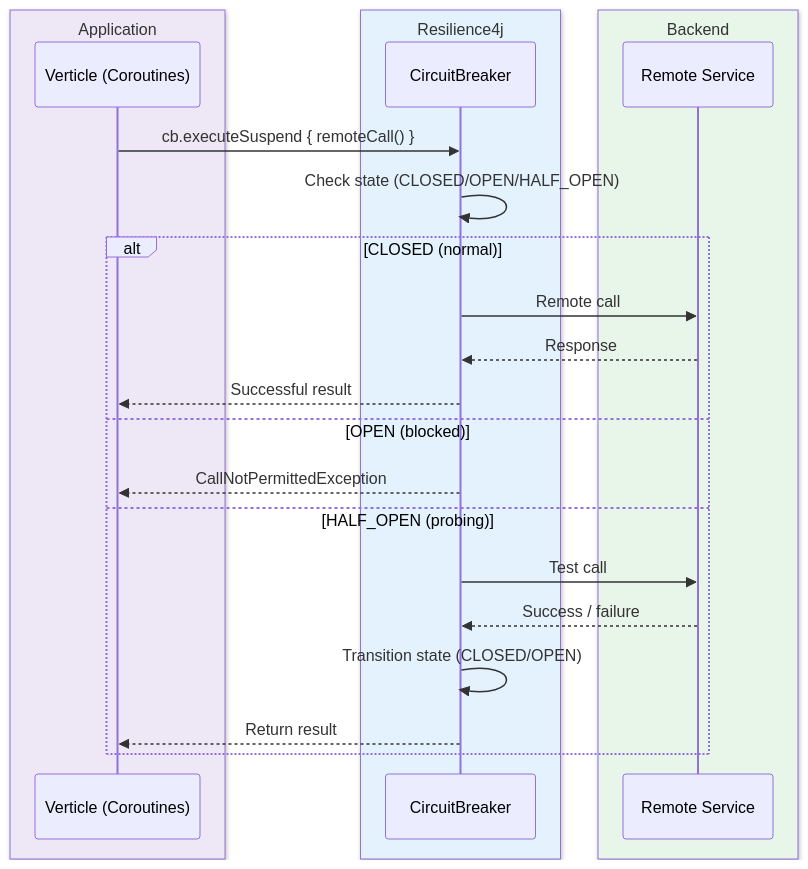
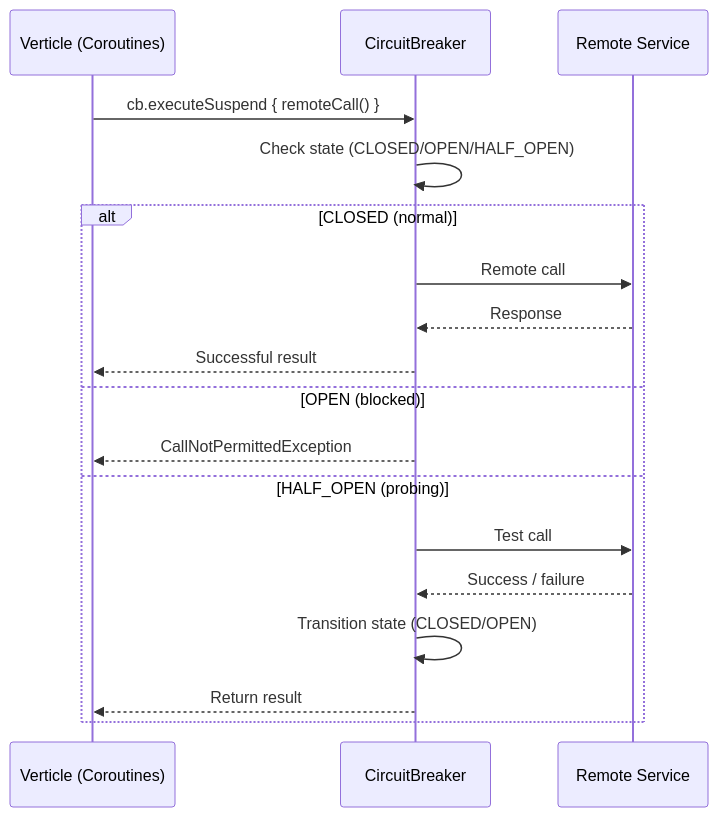
The third of 4 diagrams in io/vertx/README.md (bluetape4k/bluetape4k-projects), drawn with Mermaid before and after one commit. The commit also changed other lines of this file and 219 other files, not shown here.

First line of the commit message:
docs: 전체 README Mermaid 다이어그램 가이드 적용

````diff
--- a/io/vertx/README.md
+++ b/io/vertx/README.md
@@ -149,28 +149,22 @@
 ```mermaid
 sequenceDiagram
-    box rgb(237, 231, 246) Application
         participant App as Verticle (Coroutines)
-    end
-    box rgb(227, 242, 253) Resilience4j
         participant CB as CircuitBreaker
-    end
-    box rgb(232, 245, 233) Backend
         participant SVC as Remote Service
-    end
 
     App->>CB: cb.executeSuspend { remoteCall() }
     CB->>CB: Check state (CLOSED/OPEN/HALF_OPEN)
 
     alt CLOSED (normal)
         CB->>SVC: Remote call
         SVC-->>CB: Response
         CB-->>App: Successful result
     else OPEN (blocked)
         CB-->>App: CallNotPermittedException
     else HALF_OPEN (probing)
         CB->>SVC: Test call
         SVC-->>CB: Success / failure
         CB->>CB: Transition state (CLOSED/OPEN)
         CB-->>App: Return result
     end
 ```
````
